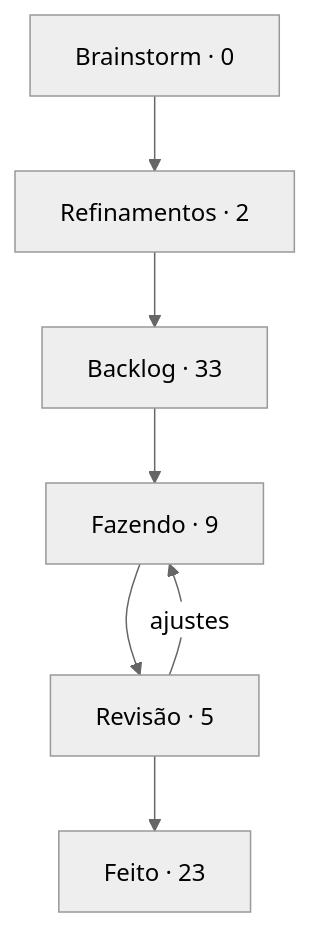
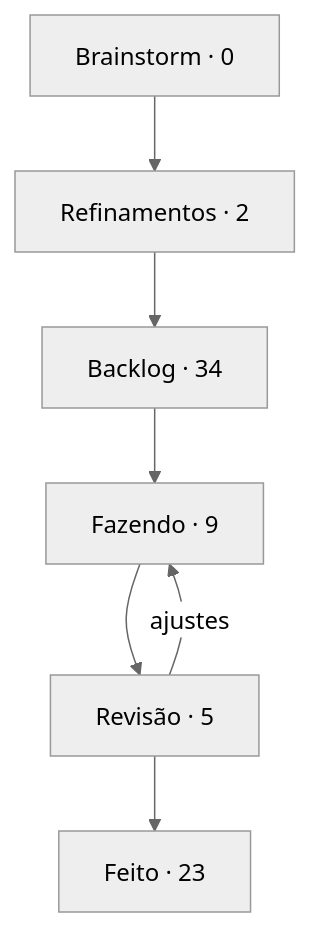
One commit to StudioVibi/VibiKanban changed the diagram in boards/dungeon-bend/BOARD.md. Above: the diagram before and after it, drawn with Mermaid (neutral theme). The commit also changed other lines of this file and 3 other files, not shown here.

````diff
--- a/boards/dungeon-bend/BOARD.md
+++ b/boards/dungeon-bend/BOARD.md
@@ -5,12 +5,12 @@
 ```mermaid
 flowchart TD
   brainstorm["Brainstorm · 0"] --> refinamentos["Refinamentos · 2"]
-  refinamentos --> backlog["Backlog · 33"]
+  refinamentos --> backlog["Backlog · 34"]
   backlog --> doing["Fazendo · 9"]
   doing --> review["Revisão · 5"]
   review --> done["Feito · 23"]
   review -->|ajustes| doing
   doing:::blue
   review:::yellow
   done:::green
 ```
````
